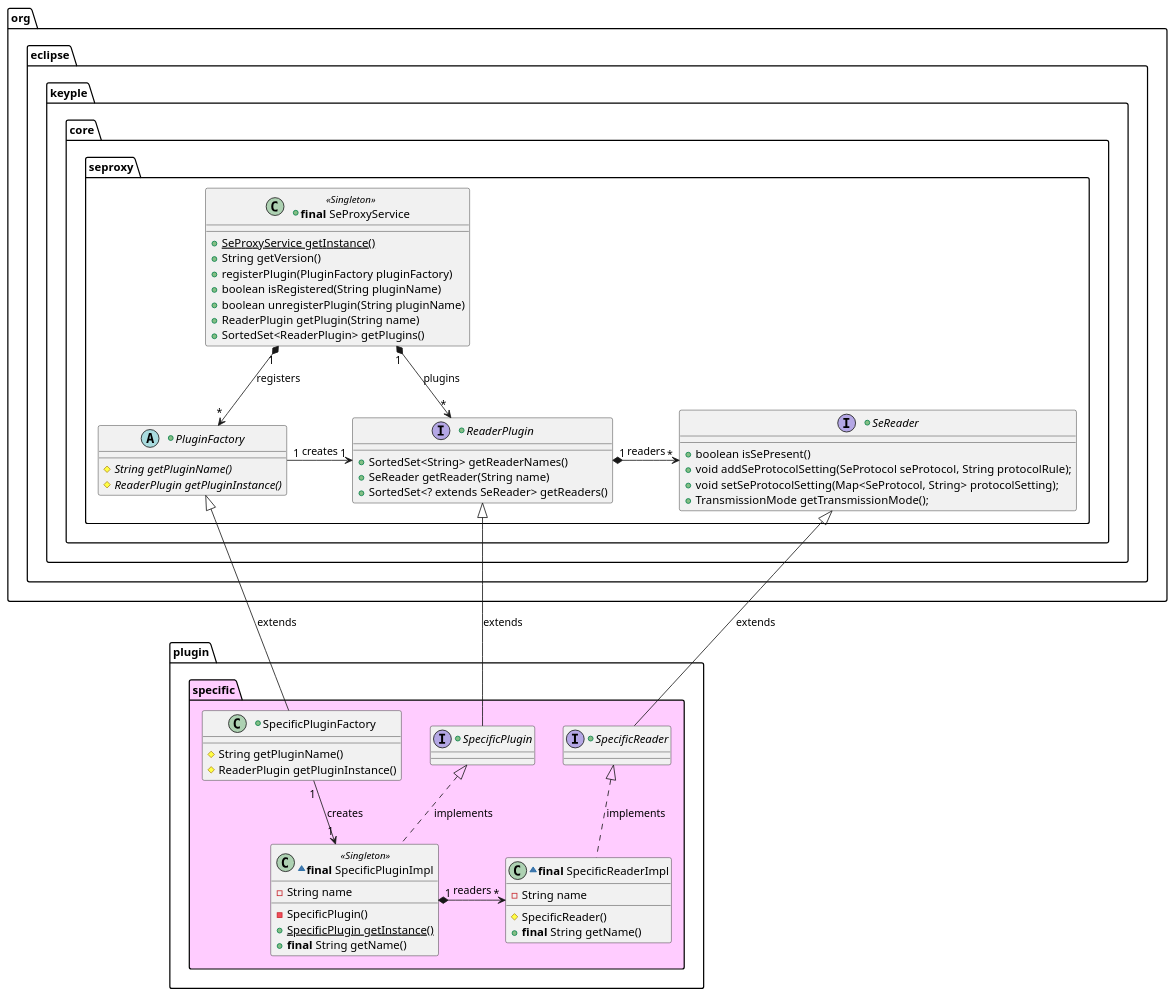
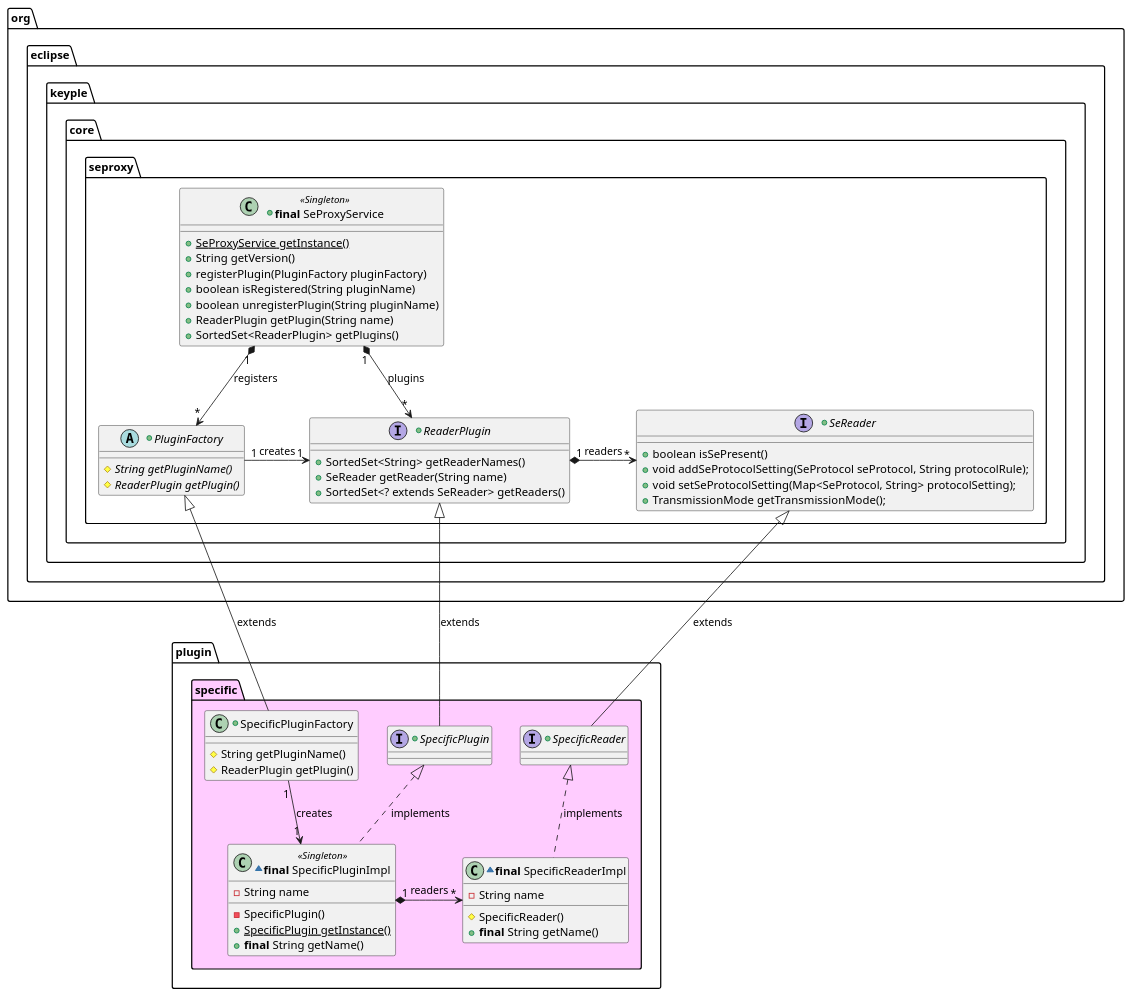
One commit to eclipse-keyple/keyple-java changed the diagram in docs/img/KeypleCore-1-SE_Proxy-PluginSetting.iuml. Above: the diagram before and after it, drawn with PlantUML. The commit also changed 18 other files, not shown here.

Commit message:
Refact: SeProxyService.getPluginInstance is now SeProxyService.getPlugin

```diff
--- a/docs/img/KeypleCore-1-SE_Proxy-PluginSetting.iuml
+++ b/docs/img/KeypleCore-1-SE_Proxy-PluginSetting.iuml
@@ -1,75 +1,75 @@
 @startuml
 
 package org.eclipse.keyple.core.seproxy #FFFFFF {
 
 +class "<b>final</b> SeProxyService" as SeProxyService << Singleton >> {
 	+{static}SeProxyService getInstance()
 	+String getVersion()
 	+registerPlugin(PluginFactory pluginFactory)
 	+boolean isRegistered(String pluginName)
 	+boolean unregisterPlugin(String pluginName)
 	+ReaderPlugin getPlugin(String name)
 	+SortedSet<ReaderPlugin> getPlugins()
 }
 
 +abstract PluginFactory {
 	{abstract} #String getPluginName()
-	{abstract} #ReaderPlugin getPluginInstance()
+	{abstract} #ReaderPlugin getPlugin()
 }
 
 +interface ReaderPlugin {
 	+SortedSet<String> getReaderNames()
 	+SeReader getReader(String name)
 	+SortedSet<? extends SeReader> getReaders()
 }
 
 +interface SeReader {
 	+boolean isSePresent()
 	+void addSeProtocolSetting(SeProtocol seProtocol, String protocolRule);
 	+void setSeProtocolSetting(Map<SeProtocol, String> protocolSetting);
 	+TransmissionMode getTransmissionMode();
 }
 
 SeProxyService "1" *-down-> "*" ReaderPlugin : plugins
 SeProxyService "1" *--> "*" PluginFactory : registers
 ReaderPlugin "1" *-right-> "*" SeReader : readers
 PluginFactory "1" -right-> "1" ReaderPlugin : creates
 }
 
 package plugin.specific #FFCCFF {
 
 +class SpecificPluginFactory {
 	#String getPluginName()
-	#ReaderPlugin getPluginInstance()
+	#ReaderPlugin getPlugin()
 }
 
 +interface SpecificPlugin {
 }
 
 +interface SpecificReader {
 }
 
 ~class "<b>final</b> SpecificPluginImpl" as SpecificPluginImpl << Singleton >> {
 	-String name
 	-SpecificPlugin()
 	+{static} SpecificPlugin getInstance()
 	+<b>final</b> String getName()
 '	+<b>final</b> List<SpecificReader> getReaders()
 }
 ~class "<b>final</b> SpecificReaderImpl" as SpecificReaderImpl {
 	-String name
 	#SpecificReader()
 	+<b>final</b> String getName()
 }
 }
 
 PluginFactory <|-- SpecificPluginFactory : extends
 ReaderPlugin <|-- SpecificPlugin : extends
 SeReader <|-- SpecificReader : extends
 
 SpecificPlugin <|.down. SpecificPluginImpl : implements
 SpecificReader <|.. SpecificReaderImpl : implements
 
 SpecificPluginFactory "1" --> "1" SpecificPluginImpl : creates
 SpecificPluginImpl "1" *-right-> "*" SpecificReaderImpl : readers
 @enduml
```
